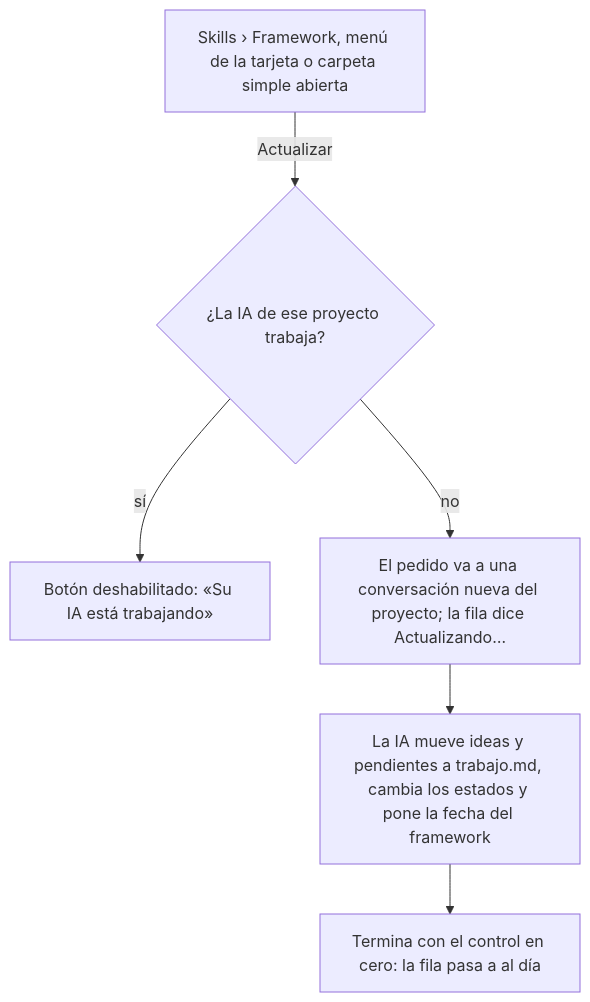
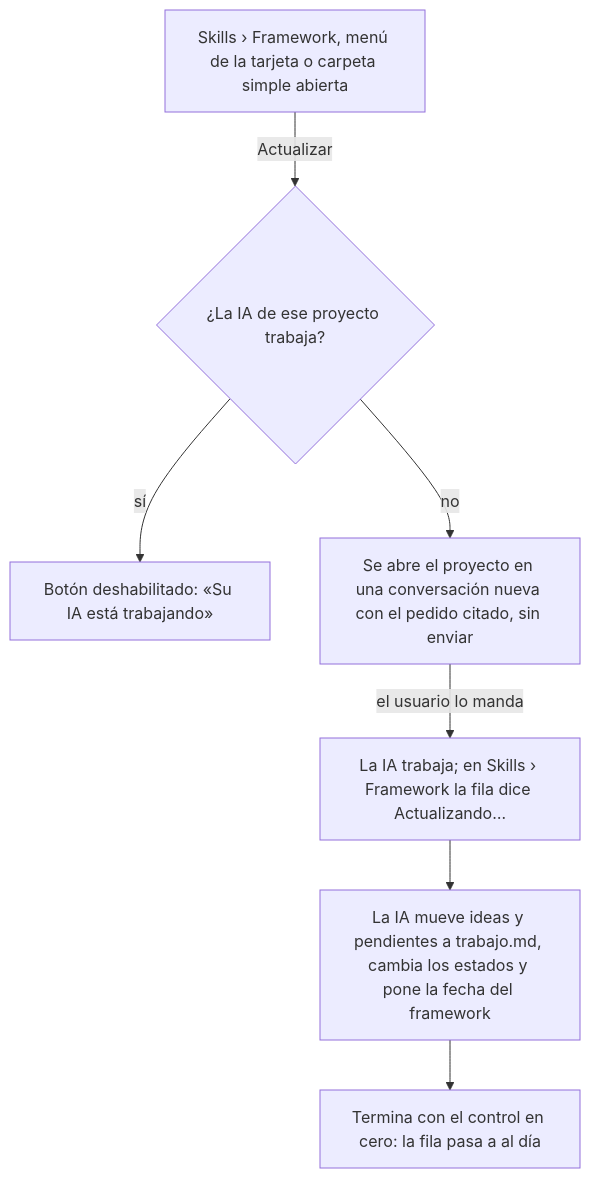
One commit to LlanosLautaro/Iridium changed the ninth of 9 diagrams in docs/04-ux.md. Above: the diagram before and after it, drawn with Mermaid. The commit also changed other lines of this file and 15 other files, not shown here.

````diff
--- a/docs/04-ux.md
+++ b/docs/04-ux.md
@@ -296,8 +296,9 @@
 ```mermaid
 flowchart TD
   A[Skills › Framework, menú de la tarjeta o carpeta simple abierta] -->|Actualizar| B{¿La IA de ese proyecto trabaja?}
   B -->|sí| C[Botón deshabilitado: «Su IA está trabajando»]
-  B -->|no| D[El pedido va a una conversación nueva del proyecto; la fila dice Actualizando…]
+  B -->|no| G[Se abre el proyecto en una conversación nueva con el pedido citado, sin enviar]
+  G -->|el usuario lo manda| D[La IA trabaja; en Skills › Framework la fila dice Actualizando…]
   D --> E[La IA mueve ideas y pendientes a trabajo.md, cambia los estados y pone la fecha del framework]
   E --> F[Termina con el control en cero: la fila pasa a al día]
 ```
````
